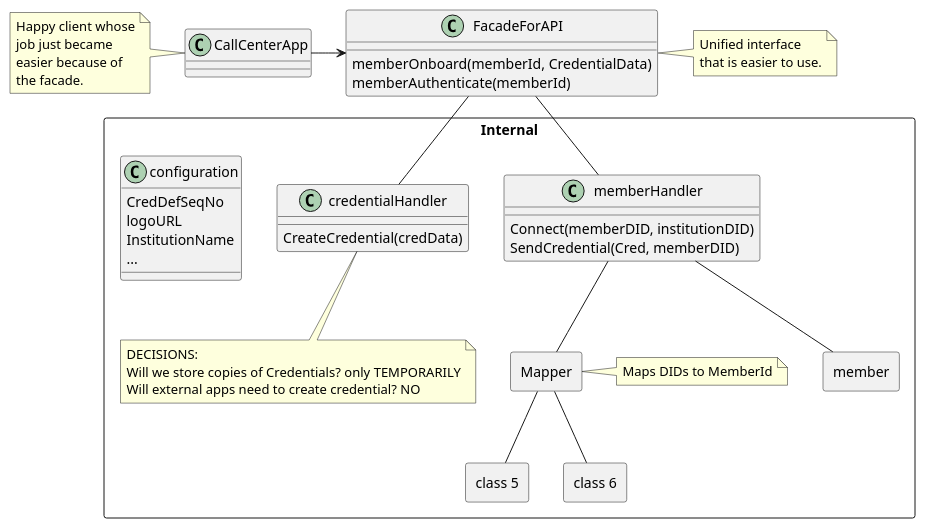
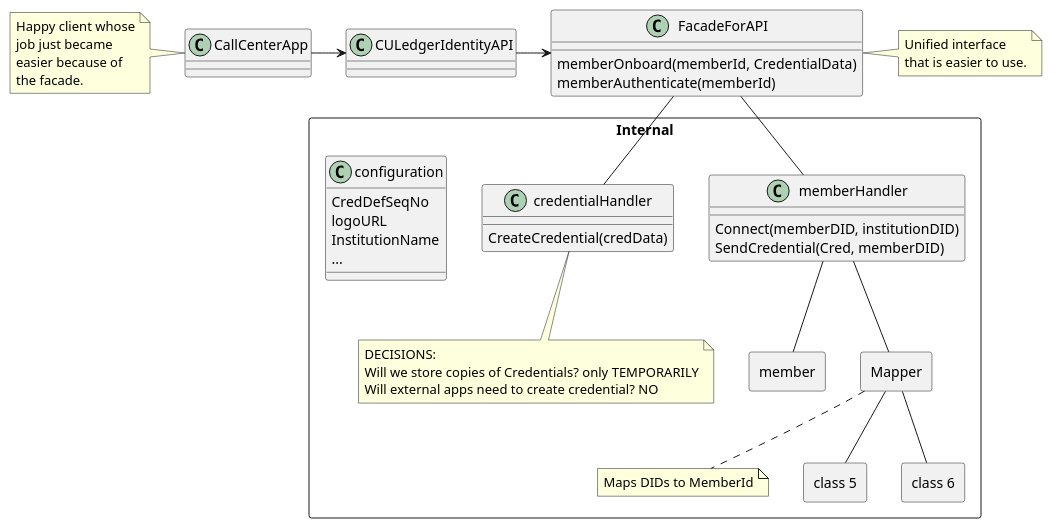
One commit to peacekeeper/CULedger.IdentityAPI changed the diagram in puml/earlyclassdiag.puml. Above: the diagram before and after it, drawn with PlantUML.

Commit message:
class updates - done for now.

```diff
--- a/puml/earlyclassdiag.puml
+++ b/puml/earlyclassdiag.puml
@@ -1,82 +1,84 @@
 @startuml
 class CallCenterApp
+class "CULedgerIdentityAPI"
 class FacadeForAPI {
   {method} memberOnboard(memberId, CredentialData)
   {method} memberAuthenticate(memberId)
 }
 
-CallCenterApp -> FacadeForAPI
+CallCenterApp -> CULedgerIdentityAPI
+CULedgerIdentityAPI -> FacadeForAPI
 
 package "Internal" <<rectangle>> {
 
   FacadeForAPI -- "memberHandler"
   FacadeForAPI -- "credentialHandler"
 
   class memberHandler {
     {method} Connect(memberDID, institutionDID)
     {method} SendCredential(Cred, memberDID)
   }
 
   class "credentialHandler" {
     {method} CreateCredential(credData)
 
   }
 
   class "configuration" {
     {field} CredDefSeqNo
     {field} logoURL
     {field} InstitutionName
     {field} ...
 
   }
 
   package "member" <<rectangle>> {
   }
 
   package "Mapper" <<rectangle>> {
   }
 
   'package "class 4" <<rectangle>> {
   '}
 
   package "class 5" <<rectangle>> {
   }
 
   package "class 6" <<rectangle>> {
   }
 
   "memberHandler" -- "member"
   "memberHandler" -- "Mapper"
   '"member" -- "class 4"
   "Mapper" -- "class 5"
   "Mapper" -- "class 6"
   ' "class 4" -- "class 5"
   ' "class 4" -- "class 6"
-  note right of Mapper
+  note bottom of Mapper
     Maps DIDs to MemberId
   end note
 
 
   note bottom of credentialHandler
    DECISIONS:
    Will we store copies of Credentials? only TEMPORARILY
    Will external apps need to create credential? NO
   end note
 }
 
 
 note left of CallCenterApp
   Happy client whose
   job just became
   easier because of
   the facade.
 end note
 
 note right of FacadeForAPI
-Unified interface
-that is easier to use.
+  Unified interface
+  that is easier to use.
 end note
 
 
 
 @enduml
```
